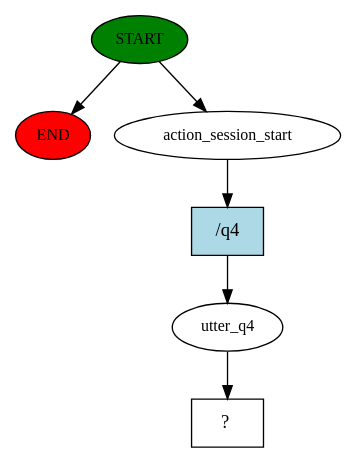
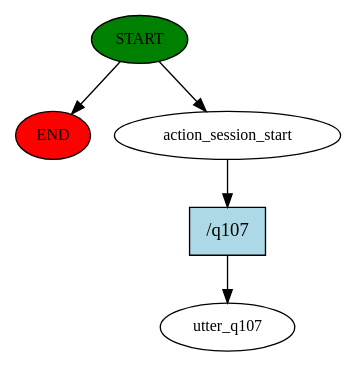
One commit to robinsingh051/college-bot changed the diagram in story_graph.dot. Above: the diagram before and after it, drawn with Graphviz. The commit also changed 206 other files, not shown here.

```diff
--- a/story_graph.dot
+++ b/story_graph.dot
@@ -1,13 +1,11 @@
 digraph  {
 0 [class="start active", fillcolor=green, fontsize=12, label=START, style=filled];
 "-1" [class=end, fillcolor=red, fontsize=12, label=END, style=filled];
 1 [class=active, fontsize=12, label=action_session_start];
-2 [class=active, fontsize=12, label=utter_q4];
-3 [class="intent dashed active", label="  ?  ", shape=rect];
-4 [class="intent active", fillcolor=lightblue, label="/q4", shape=rect, style=filled];
+2 [class="dashed active", fontsize=12, label=utter_q107];
+3 [class="intent active", fillcolor=lightblue, label="/q107", shape=rect, style=filled];
 0 -> "-1"  [class="", key=NONE, label=""];
 0 -> 1  [class=active, key=NONE, label=""];
-1 -> 4  [class=active, key=0];
-2 -> 3  [class=active, key=NONE, label=""];
-4 -> 2  [class=active, key=0];
+1 -> 3  [class=active, key=0];
+3 -> 2  [class=active, key=0];
 }
```
